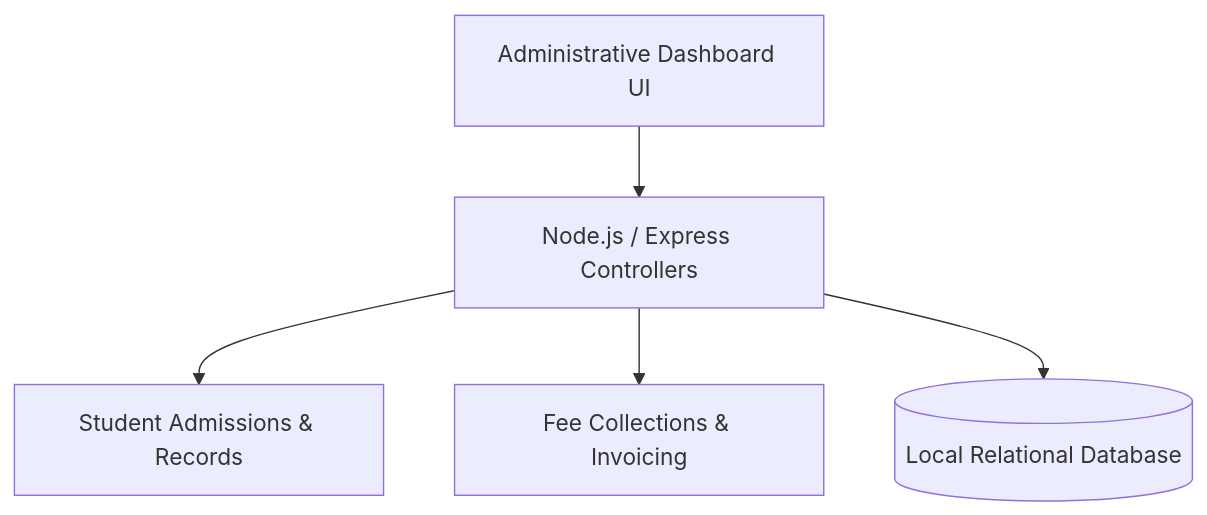
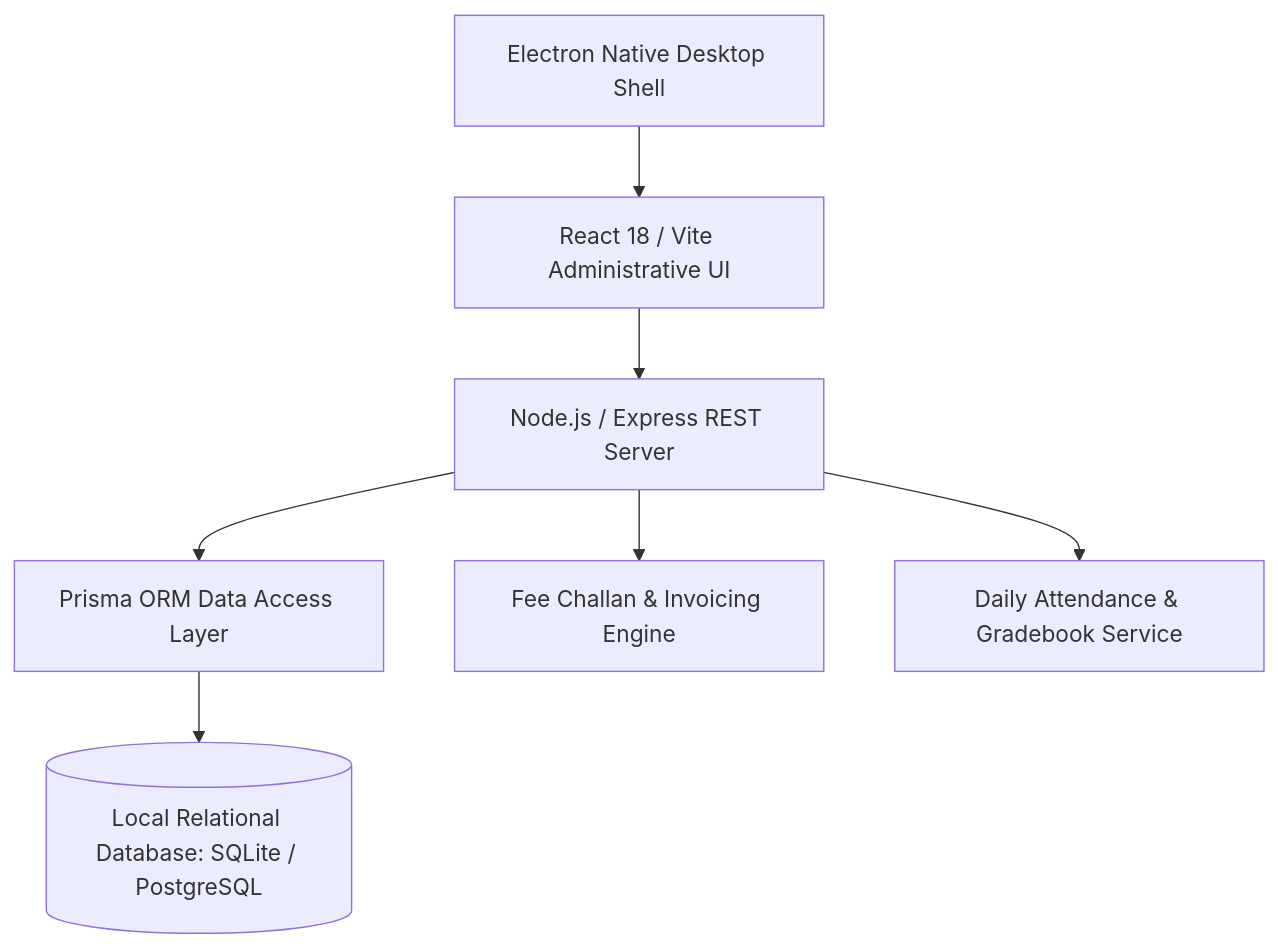
One commit to abdussatarkhan/school-desktop-app changed the diagram in README.md. Above: the diagram before and after it, drawn with Mermaid. The commit also changed other lines of this file, not shown here.

Commit message:
docs(readme): rewrite documentation for software engineering & desktop systems architecture

````diff
--- a/README.md
+++ b/README.md
@@ -22,7 +23,9 @@
 ```mermaid
 graph TD
-    AdminUI[Administrative Dashboard UI] --> API[Node.js / Express Controllers]
-    API --> StudentMgmt[Student Admissions & Records]
-    API --> FeeLedger[Fee Collections & Invoicing]
-    API --> DB[(Local Relational Database)]
+    Desktop[Electron Native Desktop Shell] --> Frontend[React 18 / Vite Administrative UI]
+    Frontend --> BackendAPI[Node.js / Express REST Server]
+    BackendAPI --> Prisma[Prisma ORM Data Access Layer]
+    Prisma --> DB[(Local Relational Database: SQLite / PostgreSQL)]
+    BackendAPI --> FeeBilling[Fee Challan & Invoicing Engine]
+    BackendAPI --> Attendance[Daily Attendance & Gradebook Service]
 ```
````
